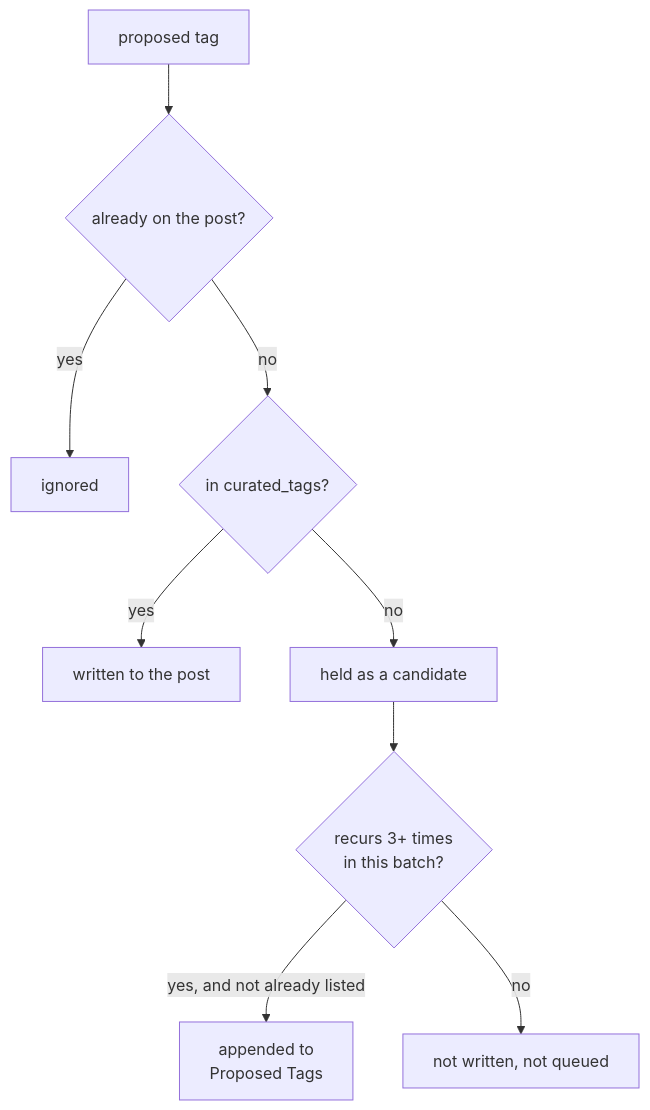
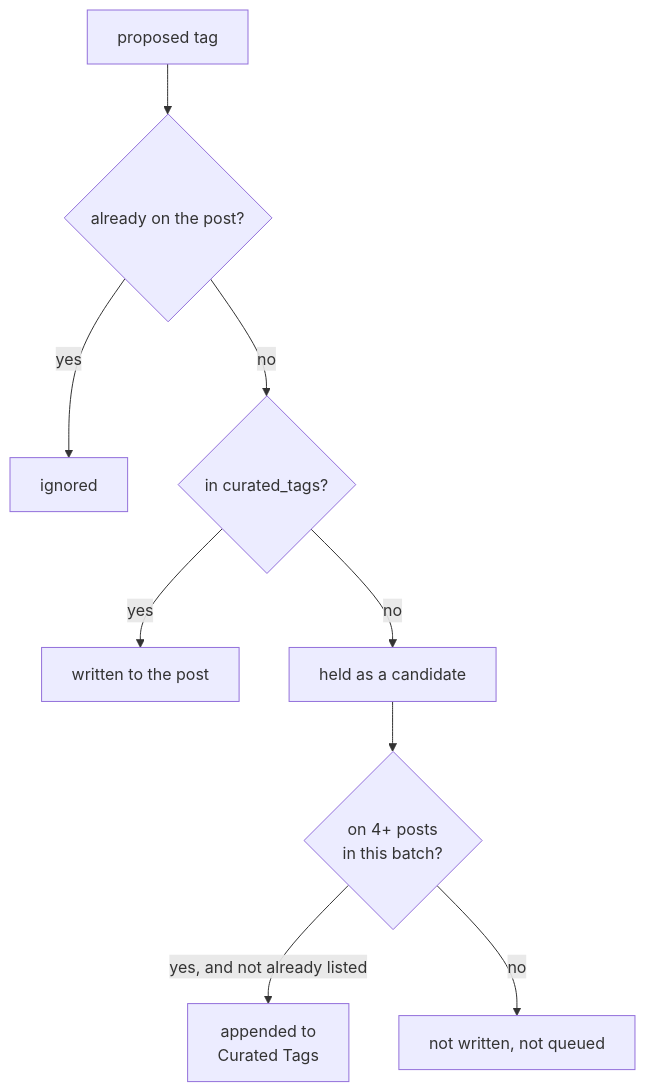
One commit to pitosalas/salasblog2 changed the second of 2 diagrams in 01-literate/11-tag_cleanup.md. Above: the diagram before and after it, drawn with Mermaid. The commit also changed other lines of this file and 18 other files, not shown here.

````diff
--- a/01-literate/11-tag_cleanup.md
+++ b/01-literate/11-tag_cleanup.md
@@ -134,11 +138,11 @@
 ```mermaid
 flowchart TD
     T[proposed tag] --> Q{already on the post?}
     Q -->|yes| Skip[ignored]
     Q -->|no| C{in curated_tags?}
     C -->|yes| Accept[written to the post]
     C -->|no| Hold[held as a candidate]
-    Hold --> R{recurs 3+ times<br/>in this batch?}
-    R -->|yes, and not already listed| Queue[appended to<br/>Proposed Tags]
+    Hold --> R{on 4+ posts<br/>in this batch?}
+    R -->|yes, and not already listed| Queue[appended to<br/>Curated Tags]
     R -->|no| Drop[not written, not queued]
 ```
````
